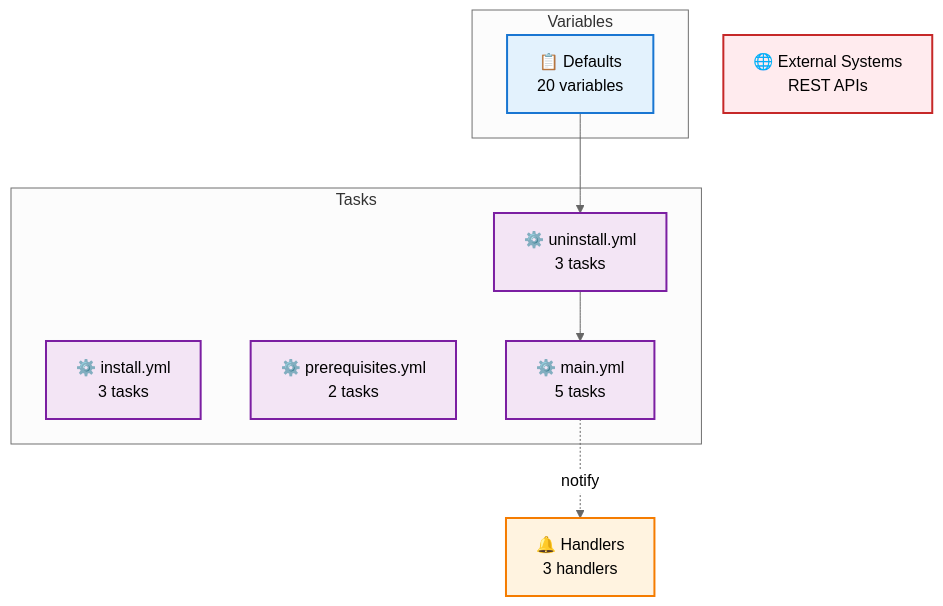
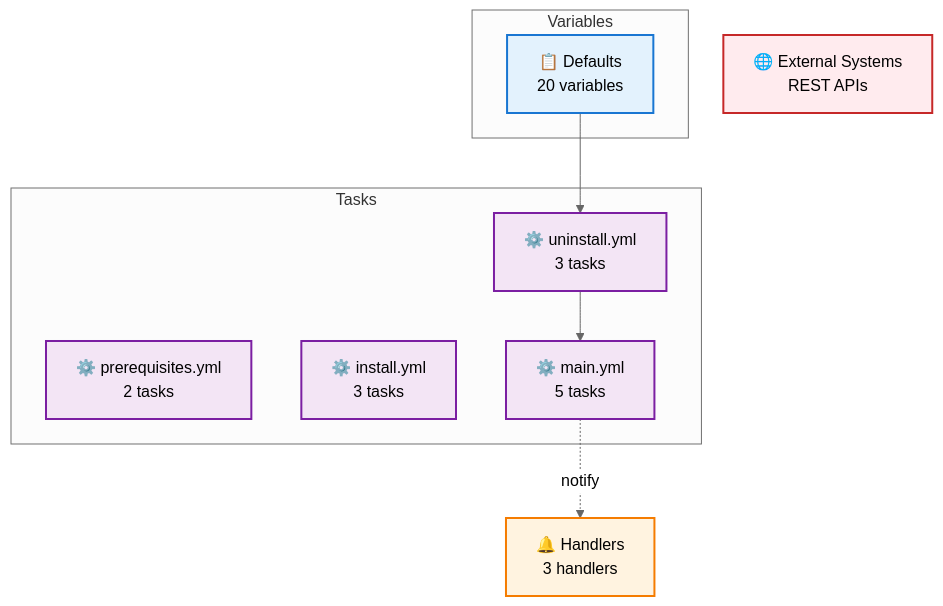
The first of 8 diagrams in tests/fixtures/complex_role/HYBRID.md (jier/docsible), drawn with Mermaid (neutral theme) before and after one commit. The commit also changed other lines of this file and 2 other files, not shown here.

````diff
--- a/tests/fixtures/complex_role/HYBRID.md
+++ b/tests/fixtures/complex_role/HYBRID.md
@@ -32,36 +32,36 @@
 ```mermaid
 graph TB
     subgraph Variables
         defaults["📋 Defaults<br/>20 variables"]
     end
 
     subgraph Tasks
         tasks_uninstall_yml["⚙️ uninstall.yml<br/>3 tasks"]
+        tasks_prerequisites_yml["⚙️ prerequisites.yml<br/>2 tasks"]
         tasks_install_yml["⚙️ install.yml<br/>3 tasks"]
-        tasks_prerequisites_yml["⚙️ prerequisites.yml<br/>2 tasks"]
         tasks_main_yml["⚙️ main.yml<br/>5 tasks"]
     end
 
     handlers["🔔 Handlers<br/>3 handlers"]
 
     external["🌐 External Systems<br/>REST APIs"]
 
     %% Data Flow
     defaults --> tasks_uninstall_yml
     tasks_uninstall_yml --> tasks_main_yml
     tasks_main_yml -."notify".-> handlers
 
     %% Styling
     classDef varStyle fill:#e3f2fd,stroke:#1976d2,stroke-width:2px
     classDef taskStyle fill:#f3e5f5,stroke:#7b1fa2,stroke-width:2px
     classDef handlerStyle fill:#fff3e0,stroke:#f57c00,stroke-width:2px
     classDef externalStyle fill:#ffebee,stroke:#c62828,stroke-width:2px
 
     class defaults varStyle
     class handlers handlerStyle
     class external externalStyle
     class tasks_uninstall_yml taskStyle
+    class tasks_prerequisites_yml taskStyle
     class tasks_install_yml taskStyle
-    class tasks_prerequisites_yml taskStyle
     class tasks_main_yml taskStyle
 ```
````
